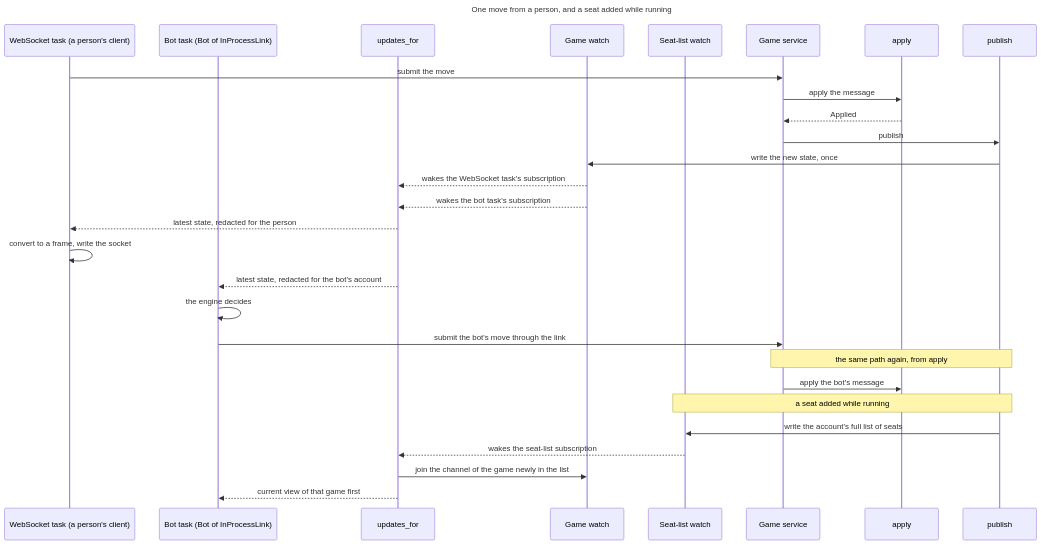
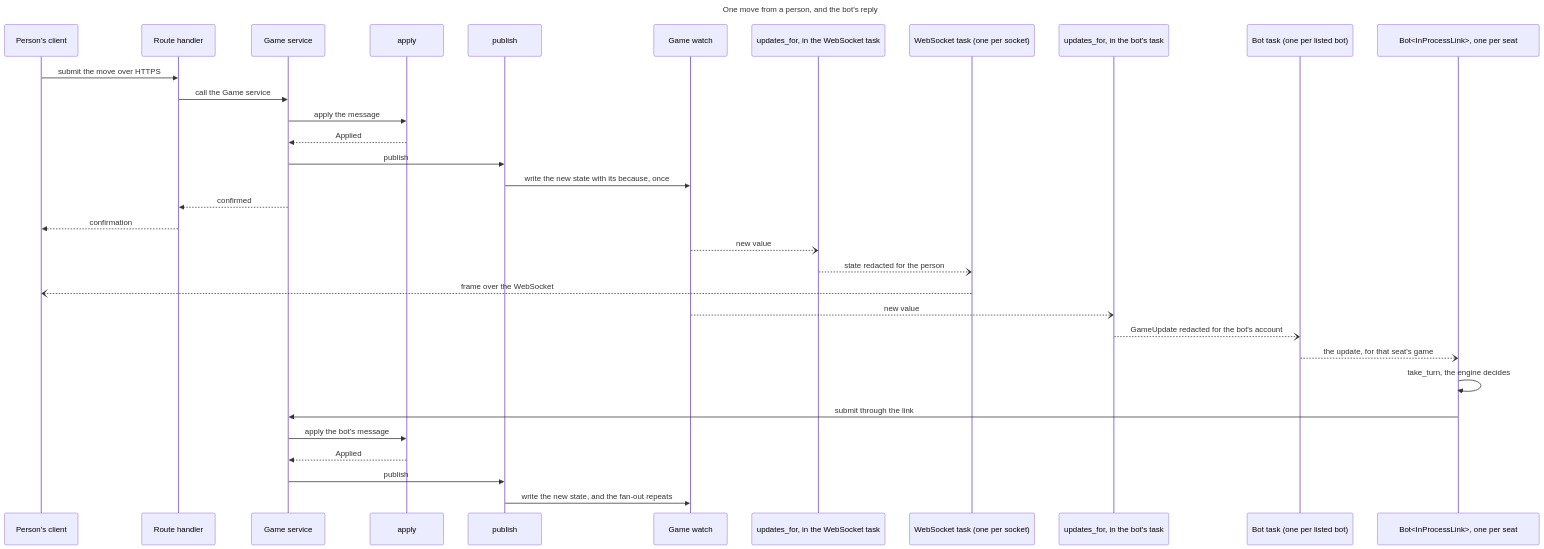
Before and after one commit to delphside/programme: the first of 2 diagrams in applications/tile-lite-elite/3.1.7-changes/workstreams/application-game-architecture/71-one-game-model/71-data-model.md, drawn with Mermaid. The commit also changed other lines of this file and 7 other files, not shown here.

````diff
--- a/applications/tile-lite-elite/3.1.7-changes/workstreams/application-game-architecture/71-one-game-model/71-data-model.md
+++ b/applications/tile-lite-elite/3.1.7-changes/workstreams/application-game-architecture/71-one-game-model/71-data-model.md
@@ -829,32 +874,36 @@
 ```mermaid
 sequenceDiagram
-  title One move from a person, and a seat added while running
-  participant W as WebSocket task (a person's client)
-  participant B as Bot task (Bot of InProcessLink)
-  participant U as updates_for
-  participant GW as Game watch
-  participant SW as Seat-list watch
+  title One move from a person, and the bot's reply
+  participant C as Person's client
+  participant R as Route handler
   participant GS as Game service
   participant A as apply
   participant P as publish
+  participant GW as Game watch
+  participant UW as updates_for, in the WebSocket task
+  participant WT as WebSocket task (one per socket)
+  participant UB as updates_for, in the bot's task
+  participant BT as Bot task (one per listed bot)
+  participant B as Bot#lt;InProcessLink#gt;, one per seat
 
-  W->>GS: submit the move
+  C->>R: submit the move over HTTPS
+  R->>GS: call the Game service
   GS->>A: apply the message
   A-->>GS: Applied
   GS->>P: publish
-  P->>GW: write the new state, once
-  GW-->>U: wakes the WebSocket task's subscription
-  GW-->>U: wakes the bot task's subscription
-  U-->>W: latest state, redacted for the person
-  W->>W: convert to a frame, write the socket
-  U-->>B: latest state, redacted for the bot's account
-  B->>B: the engine decides
-  B->>GS: submit the bot's move through the link
-  Note over GS,P: the same path again, from apply
+  P->>GW: write the new state with its because, once
+  GS-->>R: confirmed
+  R-->>C: confirmation
+  GW--)UW: new value
+  UW--)WT: state redacted for the person
+  WT--)C: frame over the WebSocket
+  GW--)UB: new value
+  UB--)BT: GameUpdate redacted for the bot's account
+  BT--)B: the update, for that seat's game
+  B->>B: take_turn, the engine decides
+  B->>GS: submit through the link
   GS->>A: apply the bot's message
-  Note over P,SW: a seat added while running
-  P->>SW: write the account's full list of seats
-  SW-->>U: wakes the seat-list subscription
-  U->>GW: join the channel of the game newly in the list
-  U-->>B: current view of that game first
+  A-->>GS: Applied
+  GS->>P: publish
+  P->>GW: write the new state, and the fan-out repeats
 ```
````
